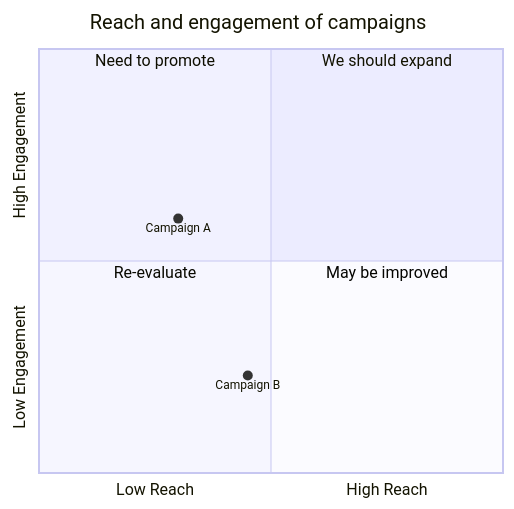
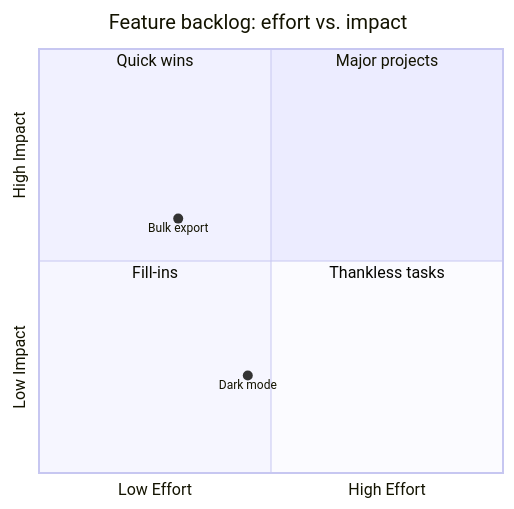
Before and after one commit to flatrick/agent-skills: the diagram in mastery-of-mermaid/references/quadrant-chart.md, drawn with Mermaid. The commit also changed 44 other files, not shown here.

First line of the commit message:
docs: retheme mastery-of-mermaid examples to software-dev scenarios

````diff
--- a/mastery-of-mermaid/references/quadrant-chart.md
+++ b/mastery-of-mermaid/references/quadrant-chart.md
@@ -10,12 +10,12 @@
 ```mermaid
 quadrantChart
-    title Reach and engagement of campaigns
-    x-axis Low Reach --> High Reach
-    y-axis Low Engagement --> High Engagement
-    quadrant-1 We should expand
-    quadrant-2 Need to promote
-    quadrant-3 Re-evaluate
-    quadrant-4 May be improved
-    Campaign A: [0.3, 0.6]
-    Campaign B: [0.45, 0.23]
+    title Feature backlog: effort vs. impact
+    x-axis Low Effort --> High Effort
+    y-axis Low Impact --> High Impact
+    quadrant-1 Major projects
+    quadrant-2 Quick wins
+    quadrant-3 Fill-ins
+    quadrant-4 Thankless tasks
+    Bulk export: [0.3, 0.6]
+    Dark mode: [0.45, 0.23]
 ```
````
